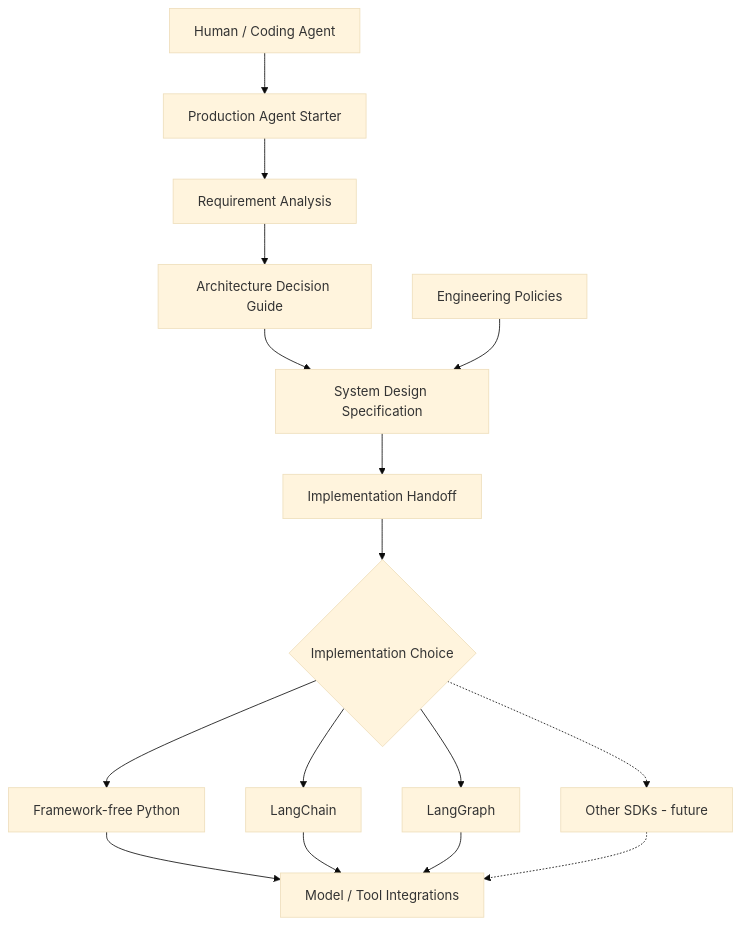
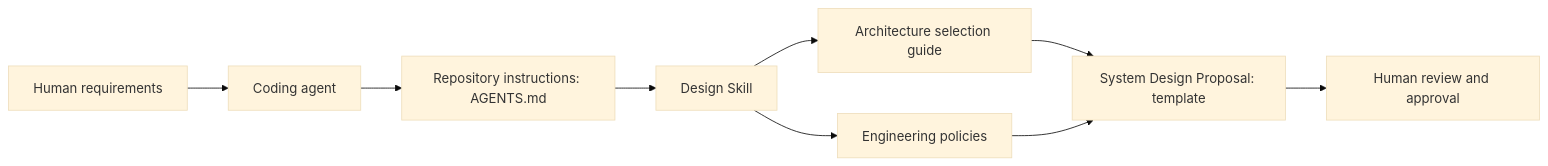
The first of 4 diagrams in README.md (Shen-po-heng/AI_Agent_Starter), drawn with Mermaid (base theme) before and after one commit. The commit also changed other lines of this file and 7 other files, not shown here.

Commit message:
docs: publish architecture design guidance and skill

````diff
--- a/README.md
+++ b/README.md
@@ -61,18 +67,11 @@
 ```mermaid
-flowchart TB
-    U[Human / Coding Agent] --> K[Production Agent Starter]
-    K --> R[Requirement Analysis]
-    R --> D[Architecture Decision Guide]
-    D --> S[System Design Specification]
-    P[Engineering Policies] --> S
-    S --> H[Implementation Handoff]
-    H --> F{Implementation Choice}
-    F --> PY[Framework-free Python]
-    F --> LC[LangChain]
-    F --> LG[LangGraph]
-    F -.-> O[Other SDKs - future]
-    PY --> M[Model / Tool Integrations]
-    LC --> M
-    LG --> M
-    O -.-> M
+flowchart LR
+    H[Human requirements] --> C[Coding agent]
+    C --> I[Repository instructions: AGENTS.md]
+    I --> S[Design Skill]
+    S --> A[Architecture selection guide]
+    S --> P[Engineering policies]
+    A --> D[System Design Proposal: template]
+    P --> D
+    D --> R[Human review and approval]
 ```
````
